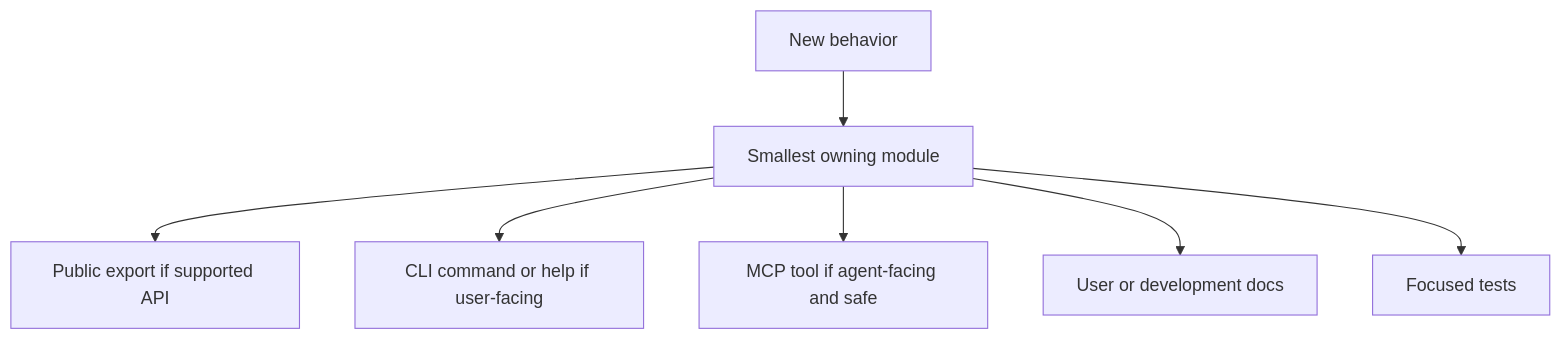
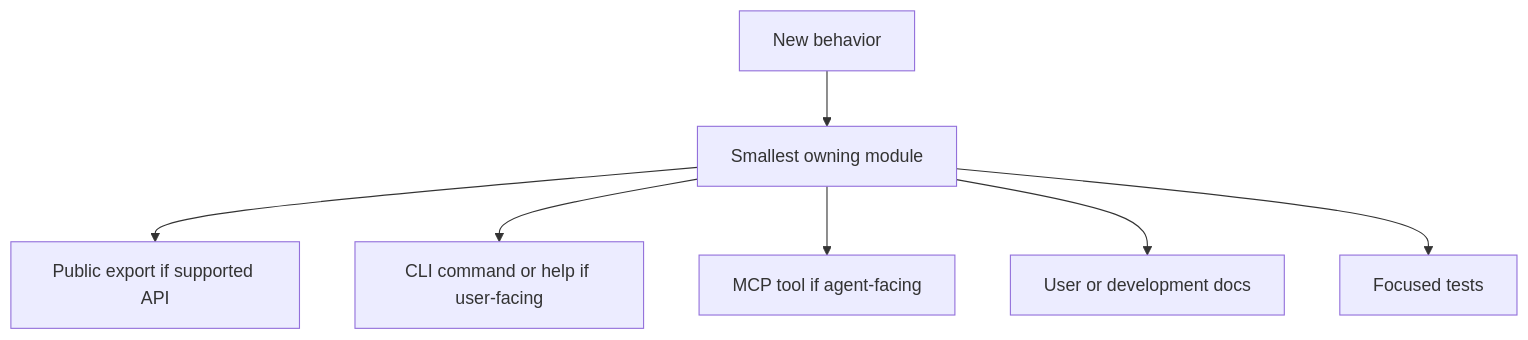
Before and after one commit to Open-Data-Product-Initiative/odp-agent-sdk: the ninth of 9 diagrams in docs/development/sdk-architecture.md, drawn with Mermaid. The commit also changed other lines of this file and 30 other files, not shown here.

````diff
--- a/docs/development/sdk-architecture.md
+++ b/docs/development/sdk-architecture.md
@@ -326,17 +377,17 @@
 ```mermaid
 flowchart TD
     Change[New behavior]
     Owner[Smallest owning module]
     Public[Public export if supported API]
     CLI[CLI command or help if user-facing]
-    MCP[MCP tool if agent-facing and safe]
+    MCP[MCP tool if agent-facing]
     Docs[User or development docs]
     Tests[Focused tests]
 
     Change --> Owner
     Owner --> Public
     Owner --> CLI
     Owner --> MCP
     Owner --> Docs
     Owner --> Tests
 ```
````
